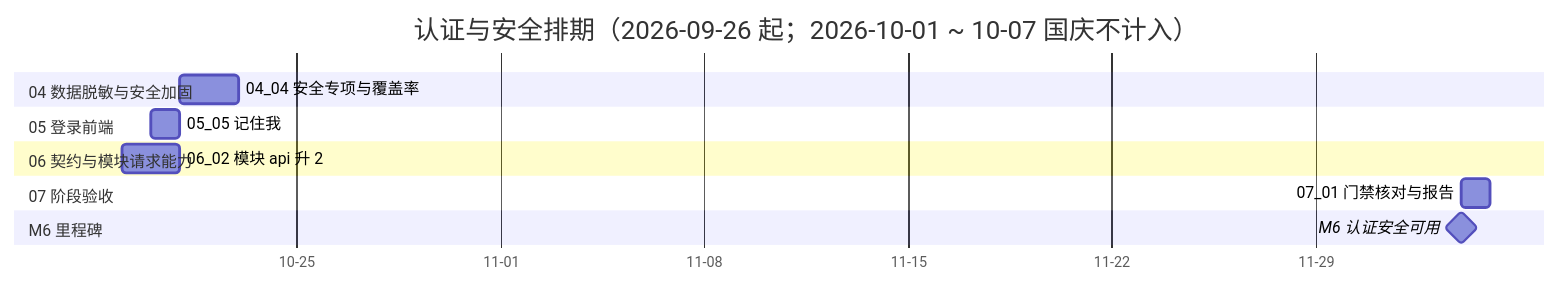
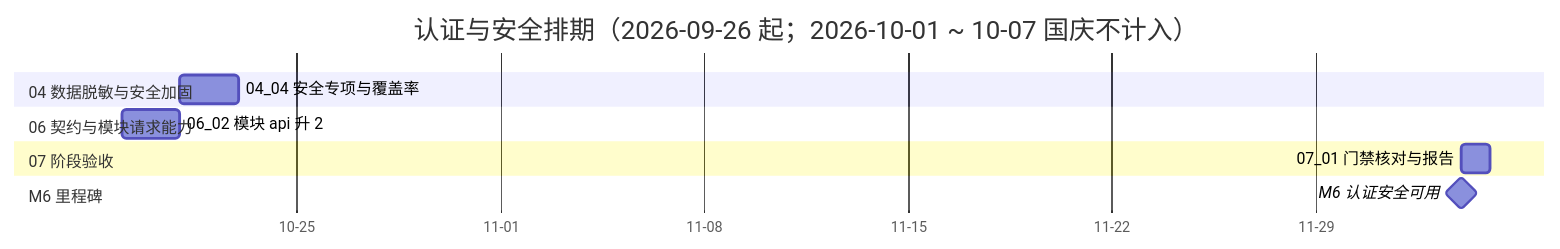
One commit to minjian123/basic-management-system changed the diagram in bms文档/项目/06_认证与安全/计划/01_计划_认证与安全.md. Above: the diagram before and after it, drawn with Mermaid. The commit also changed other lines of this file and 13 other files, not shown here.

````diff
--- a/bms文档/项目/06_认证与安全/计划/01_计划_认证与安全.md
+++ b/bms文档/项目/06_认证与安全/计划/01_计划_认证与安全.md
@@ -82,16 +82,14 @@
 ```mermaid
 gantt
     title 认证与安全排期（2026-09-26 起；2026-10-01 ~ 10-07 国庆不计入）
     dateFormat  YYYY-MM-DD
     axisFormat %m-%d
     section 04 数据脱敏与安全加固
     04_04 安全专项与覆盖率 :d4, 2026-10-21, 2d
-    section 05 登录前端
-    05_05 记住我 :e5, 2026-10-20, 1d
     section 06 契约与模块请求能力
     06_02 模块 api 升 2 :f2, 2026-10-19, 2d
     section 07 阶段验收
     07_01 门禁核对与报告 :g1, 2026-12-04, 1d
     section M6 里程碑
     M6 认证安全可用 :milestone, mm6, 2026-12-04, 0d
 ```
````
